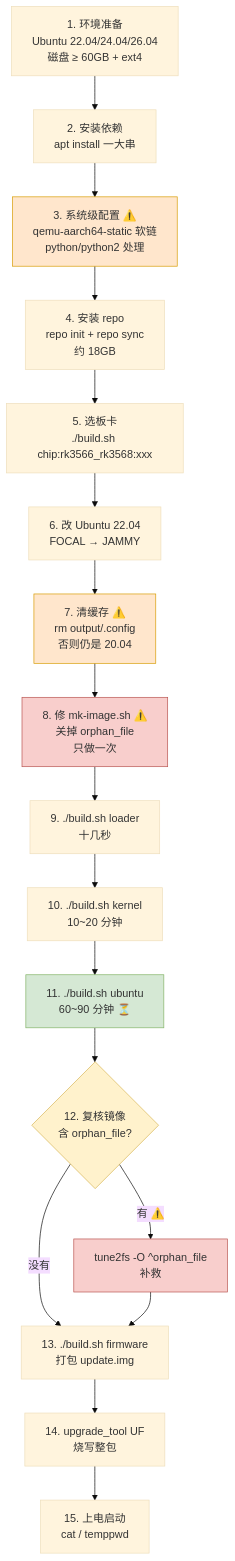
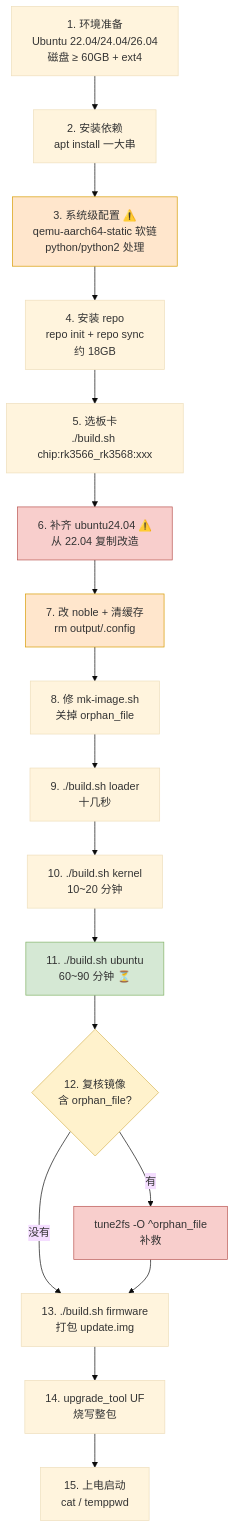
One commit to qianzhongyang/lubancat-rk3568-image-build changed the diagram in README.md. Above: the diagram before and after it, drawn with Mermaid (base theme). The commit also changed other lines of this file and 1 other file, not shown here.

First line of the commit message:
ubuntu/noble：Ubuntu 24.04 XFCE 镜像完整教程

````diff
--- a/README.md
+++ b/README.md
@@ -62,27 +66,27 @@
 ```mermaid
 flowchart TD
     A["1. 环境准备<br/>Ubuntu 22.04/24.04/26.04<br/>磁盘 ≥ 60GB + ext4"] --> B["2. 安装依赖<br/>apt install 一大串"]
     B --> C["3. 系统级配置 ⚠️<br/>qemu-aarch64-static 软链<br/>python/python2 处理"]
     C --> D["4. 安装 repo<br/>repo init + repo sync<br/>约 18GB"]
     D --> E["5. 选板卡<br/>./build.sh chip:rk3566_rk3568:xxx"]
-    E --> F["6. 改 Ubuntu 22.04<br/>FOCAL → JAMMY"]
-    F --> G["7. 清缓存 ⚠️<br/>rm output/.config<br/>否则仍是 20.04"]
-    G --> G2["8. 修 mk-image.sh ⚠️<br/>关掉 orphan_file<br/>只做一次"]
+    E --> F["6. 补齐 ubuntu24.04 ⚠️<br/>从 22.04 复制改造"]
+    F --> G["7. 改 noble + 清缓存<br/>rm output/.config"]
+    G --> G2["8. 修 mk-image.sh<br/>关掉 orphan_file"]
     G2 --> H1["9. ./build.sh loader<br/>十几秒"]
     H1 --> H2["10. ./build.sh kernel<br/>10~20 分钟"]
     H2 --> H3["11. ./build.sh ubuntu<br/>60~90 分钟 ⏳"]
     H3 --> I{"12. 复核镜像<br/>含 orphan_file?"}
-    I -->|有 ⚠️| J["tune2fs -O ^orphan_file<br/>补救"]
+    I -->|有| J["tune2fs -O ^orphan_file<br/>补救"]
     I -->|没有| K
     J --> K["13. ./build.sh firmware<br/>打包 update.img"]
     K --> L["14. upgrade_tool UF<br/>烧写整包"]
     L --> M["15. 上电启动<br/>cat / temppwd"]
     
     style C fill:#ffe6cc,stroke:#d79b00
+    style F fill:#f8cecc,stroke:#b85450
     style G fill:#ffe6cc,stroke:#d79b00
-    style G2 fill:#f8cecc,stroke:#b85450
     style I fill:#fff2cc,stroke:#d6b656
     style J fill:#f8cecc,stroke:#b85450
     style H3 fill:#d5e8d4,stroke:#82b366
 
 ```
````
